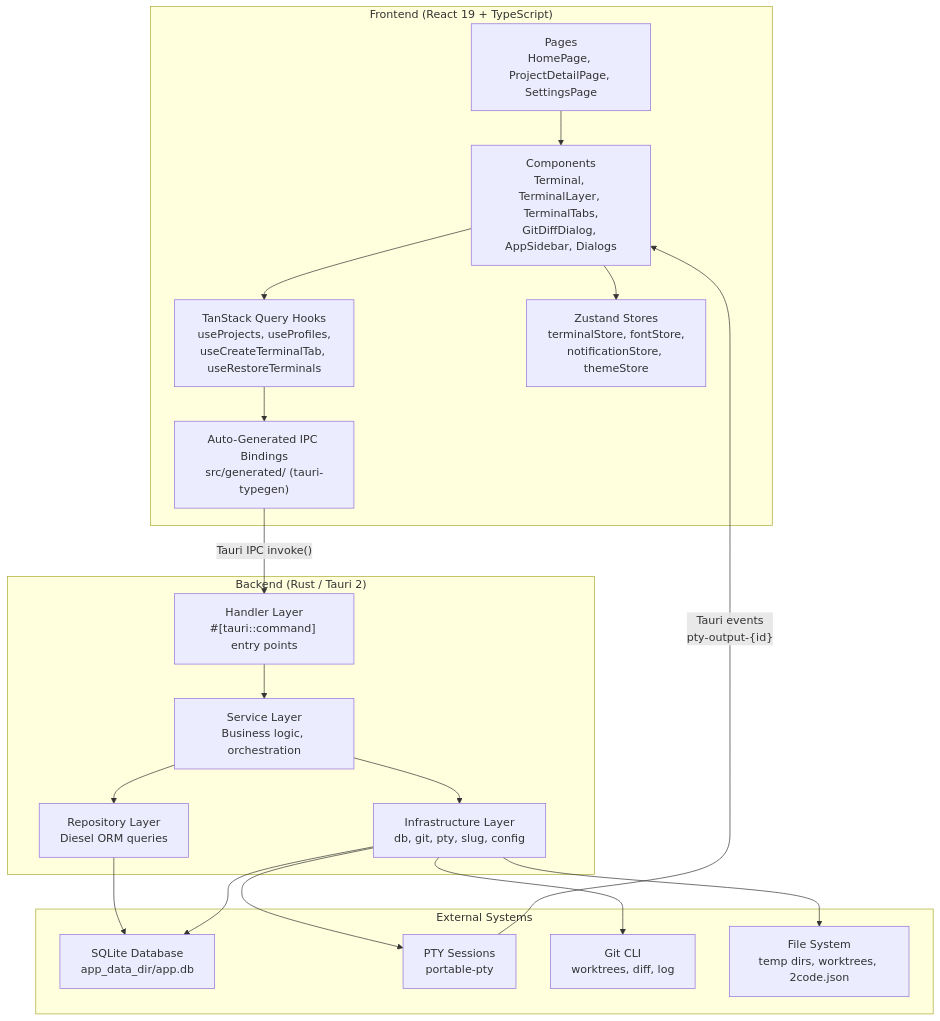
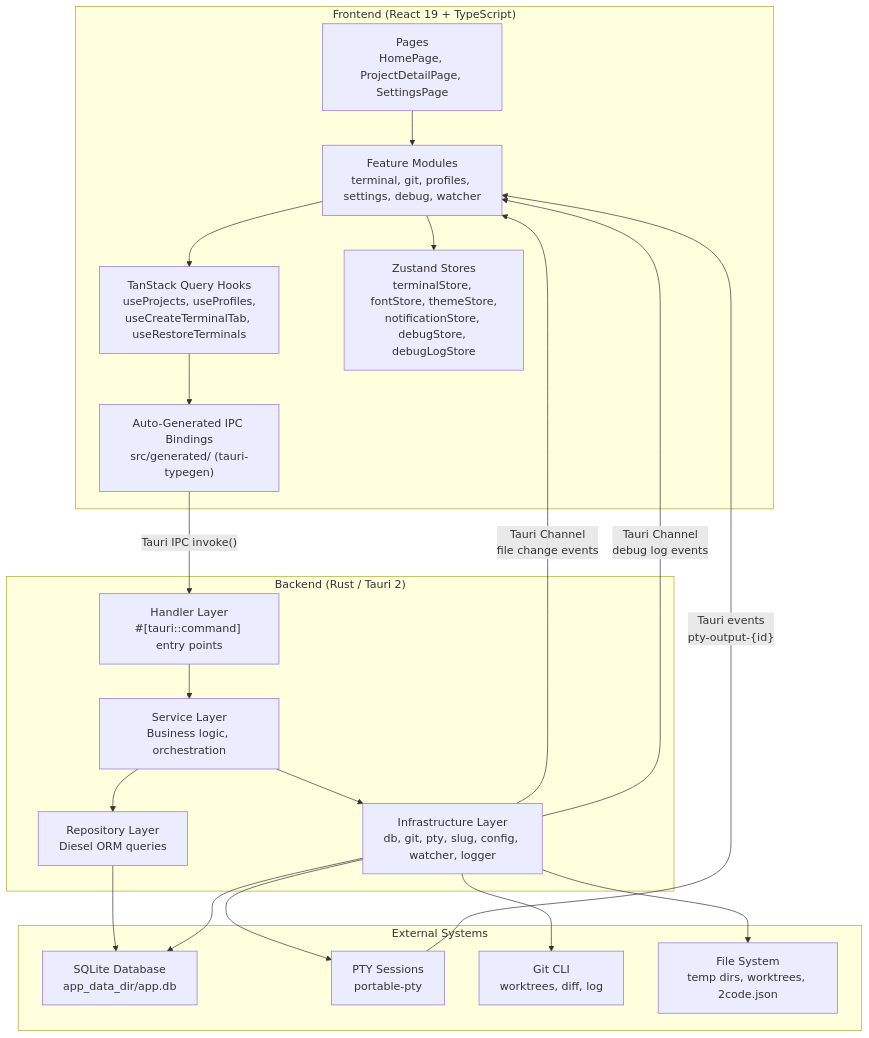
The diagram in docs/architecture.md (AkaraChen/2code), drawn with Mermaid before and after one commit. The commit also changed other lines of this file and 2 other files, not shown here.

First line of the commit message:
docs: fix stale references and add missing features to project docs

````diff
--- a/docs/architecture.md
+++ b/docs/architecture.md
@@ -5,40 +5,42 @@
 ```mermaid
 graph TD
     subgraph Frontend ["Frontend (React 19 + TypeScript)"]
         Pages["Pages<br/>HomePage, ProjectDetailPage, SettingsPage"]
-        Components["Components<br/>Terminal, TerminalLayer, TerminalTabs,<br/>GitDiffDialog, AppSidebar, Dialogs"]
+        Features["Feature Modules<br/>terminal, git, profiles, settings, debug, watcher"]
         Hooks["TanStack Query Hooks<br/>useProjects, useProfiles,<br/>useCreateTerminalTab, useRestoreTerminals"]
-        Stores["Zustand Stores<br/>terminalStore, fontStore,<br/>notificationStore, themeStore"]
+        Stores["Zustand Stores<br/>terminalStore, fontStore, themeStore,<br/>notificationStore, debugStore, debugLogStore"]
         Generated["Auto-Generated IPC Bindings<br/>src/generated/ (tauri-typegen)"]
     end
 
     subgraph Backend ["Backend (Rust / Tauri 2)"]
         Handler["Handler Layer<br/>#[tauri::command] entry points"]
         Service["Service Layer<br/>Business logic, orchestration"]
         Repo["Repository Layer<br/>Diesel ORM queries"]
-        Infra["Infrastructure Layer<br/>db, git, pty, slug, config"]
+        Infra["Infrastructure Layer<br/>db, git, pty, slug, config, watcher, logger"]
     end
 
     subgraph External ["External Systems"]
         SQLite["SQLite Database<br/>app_data_dir/app.db"]
         PTY["PTY Sessions<br/>portable-pty"]
         Git["Git CLI<br/>worktrees, diff, log"]
         FS["File System<br/>temp dirs, worktrees, 2code.json"]
     end
 
-    Pages --> Components
-    Components --> Hooks
-    Components --> Stores
+    Pages --> Features
+    Features --> Hooks
+    Features --> Stores
     Hooks --> Generated
     Generated -->|"Tauri IPC invoke()"| Handler
     Handler --> Service
     Service --> Repo
     Service --> Infra
     Repo --> SQLite
     Infra --> SQLite
     Infra --> PTY
     Infra --> Git
     Infra --> FS
 
-    PTY -->|"Tauri events<br/>pty-output-{id}"| Components
+    PTY -->|"Tauri events<br/>pty-output-{id}"| Features
+    Infra -->|"Tauri Channel<br/>file change events"| Features
+    Infra -->|"Tauri Channel<br/>debug log events"| Features
 ```
````
